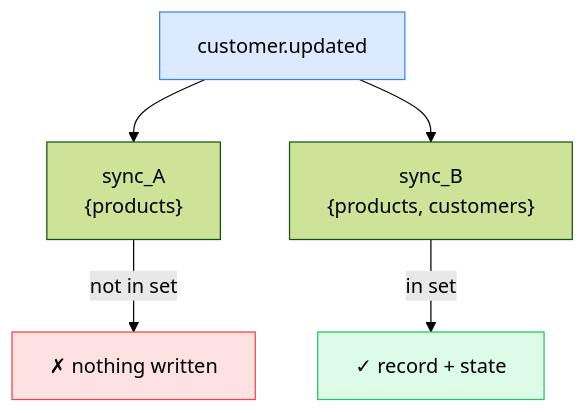
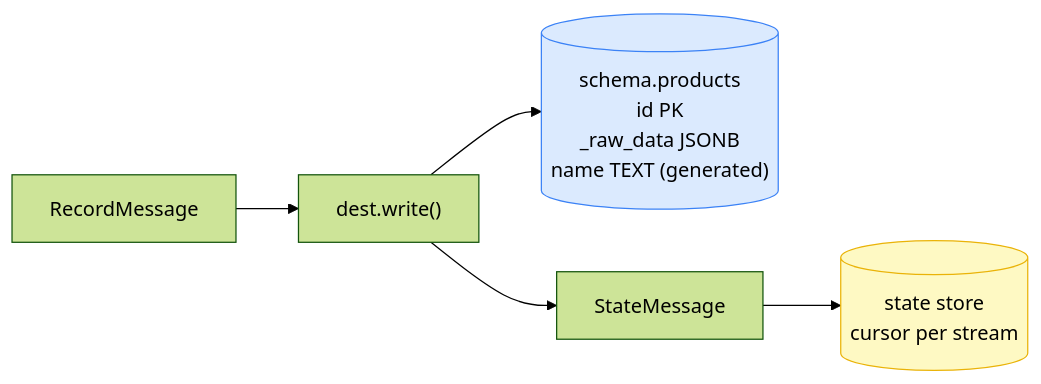
The sixth of 7 diagrams in docs/slides/architecture.md (supabase/stripe-sync-engine), drawn with Mermaid (forest theme) before and after one commit. The commit also changed other lines of this file and 8 other files, not shown here.

````diff
--- a/docs/slides/architecture.md
+++ b/docs/slides/architecture.md
@@ -255,11 +282,12 @@
 ```mermaid
-flowchart TD
-  E["customer.updated"]
-  E --> A["sync_A\n{products}"]
-  E --> B["sync_B\n{products, customers}"]
-  A -->|"not in set"| X["✗  nothing written"]
-  B -->|"in set"| Y["✓  record + state"]
-  style X fill:#fee2e2,stroke:#ef4444
-  style Y fill:#dcfce7,stroke:#22c55e
-  style E fill:#dbeafe,stroke:#3b82f6
+flowchart LR
+  RM["RecordMessage"]
+  DW["dest.write()"]
+  DB[("schema.products\nid PK\n_raw_data JSONB\nname TEXT (generated)")]
+  SM["StateMessage"]
+  ST[("state store\ncursor per stream")]
+  RM --> DW --> DB
+  DW --> SM --> ST
+  style DB fill:#dbeafe,stroke:#3b82f6
+  style ST fill:#fef9c3,stroke:#eab308
 ```
````
